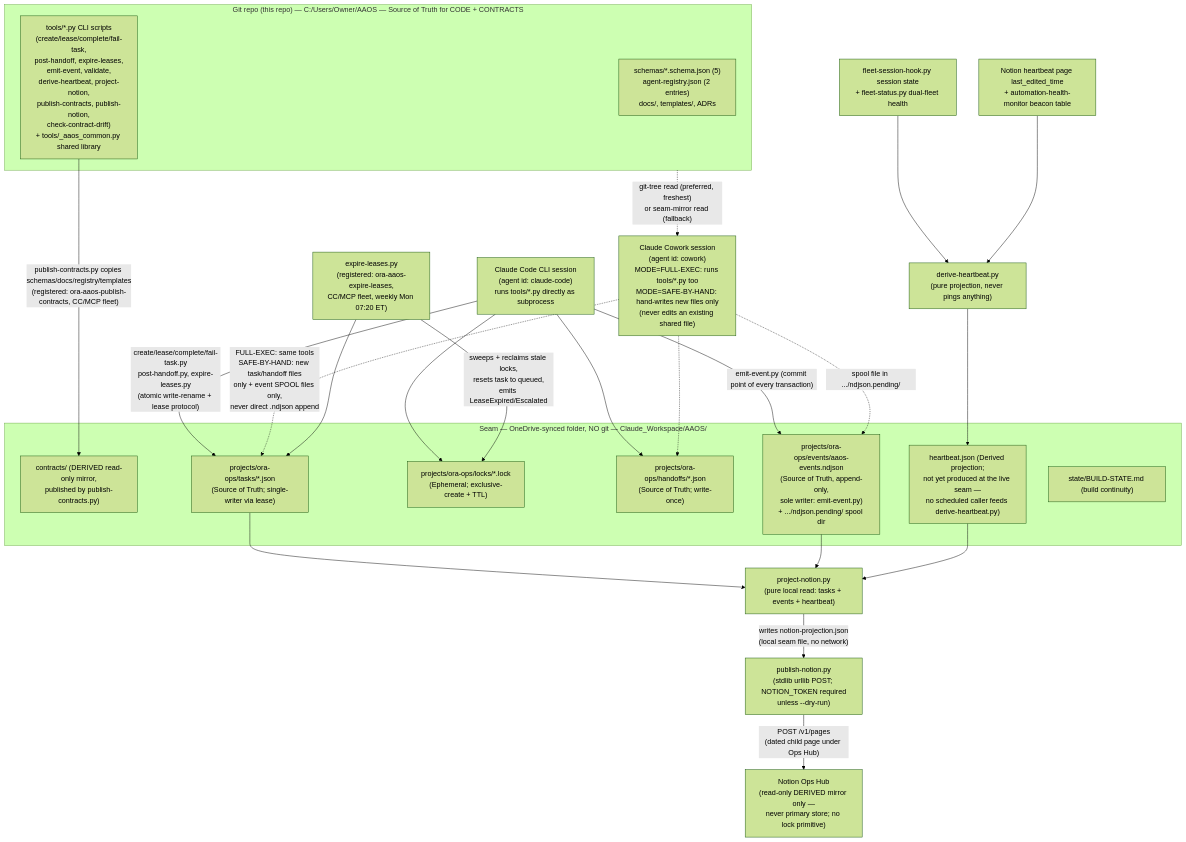
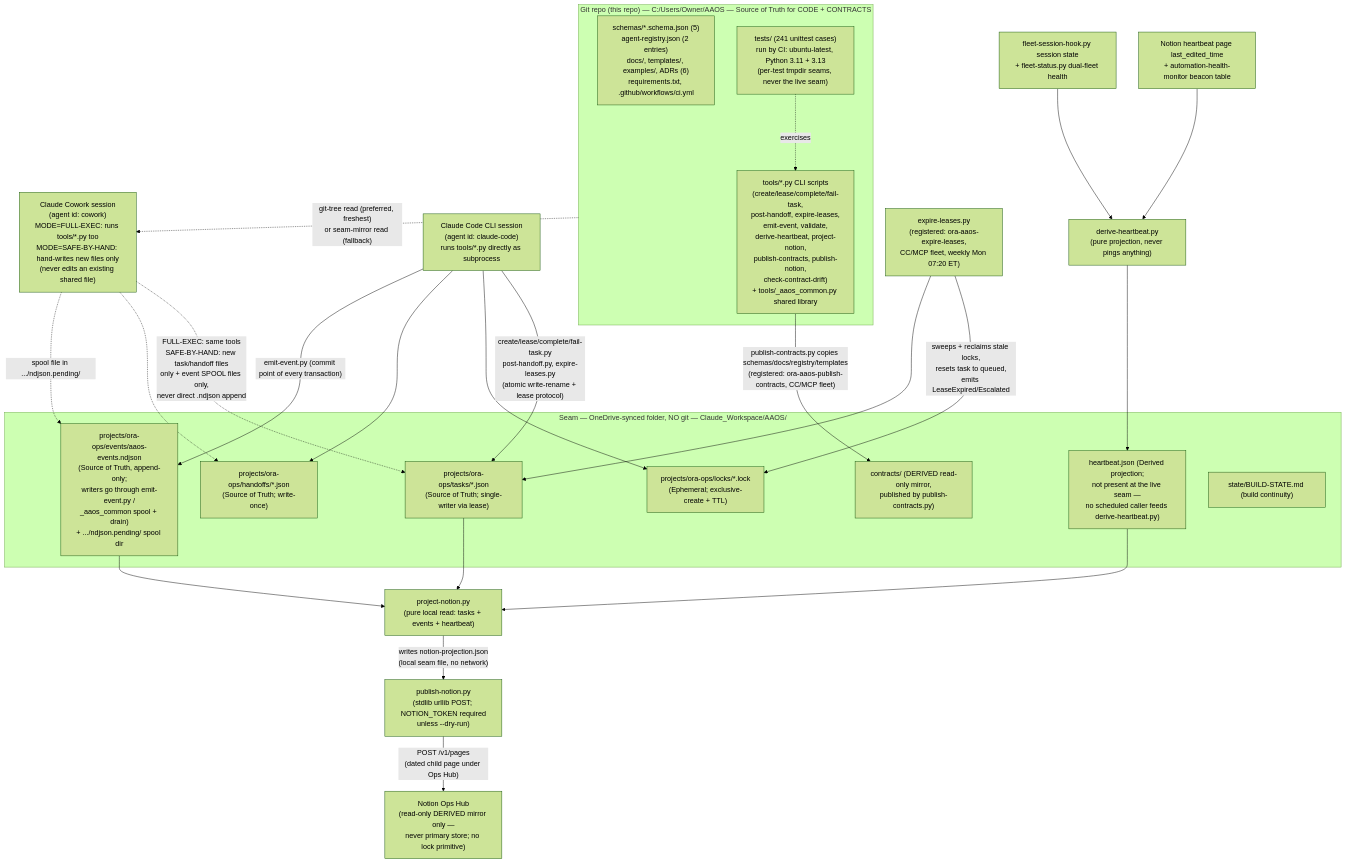
The first of 2 diagrams in README.md (ZeOoba/AAOS), drawn with Mermaid (forest theme) before and after one commit. The commit also changed other lines of this file, not shown here.

Commit message:
docs: refresh README and architecture diagrams

````diff
--- a/README.md
+++ b/README.md
@@ -9,48 +9,50 @@
 ```mermaid
 flowchart TB
     subgraph GIT["Git repo (this repo) — C:/Users/Owner/AAOS — Source of Truth for CODE + CONTRACTS"]
-        SCHEMAS["schemas/*.schema.json (5)\nagent-registry.json (2 entries)\ndocs/, templates/, ADRs"]
-        TOOLS["tools/*.py CLI scripts\n(create/lease/complete/fail-task,\npost-handoff, expire-leases,\nemit-event, validate,\nderive-heartbeat, project-notion,\npublish-contracts, publish-notion,\ncheck-contract-drift)\n+ tools/_aaos_common.py shared library"]
+        SCHEMAS["schemas/*.schema.json (5)\nagent-registry.json (2 entries)\ndocs/, templates/, examples/, ADRs (6)\nrequirements.txt, .github/workflows/ci.yml"]
+        TESTS["tests/ (241 unittest cases)\nrun by CI: ubuntu-latest, Python 3.11 + 3.13\n(per-test tmpdir seams, never the live seam)"]
+    TOOLS["tools/*.py CLI scripts\n(create/lease/complete/fail-task,\npost-handoff, expire-leases,\nemit-event, validate,\nderive-heartbeat, project-notion,\npublish-contracts, publish-notion,\ncheck-contract-drift)\n+ tools/_aaos_common.py shared library"]
     end
+    TESTS -. "exercises" .-> TOOLS
 
     subgraph SEAM["Seam — OneDrive-synced folder, NO git — Claude_Workspace/AAOS/"]
         CONTRACTS["contracts/ (DERIVED read-only mirror,\npublished by publish-contracts.py)"]
         TASKS["projects/ora-ops/tasks/*.json\n(Source of Truth; single-writer via lease)"]
         LOCKS["projects/ora-ops/locks/*.lock\n(Ephemeral; exclusive-create + TTL)"]
         HANDOFFS["projects/ora-ops/handoffs/*.json\n(Source of Truth; write-once)"]
-        EVENTS["projects/ora-ops/events/aaos-events.ndjson\n(Source of Truth, append-only,\nsole writer: emit-event.py)\n+ .../ndjson.pending/ spool dir"]
-        HEARTBEAT["heartbeat.json (Derived projection;\nnot yet produced at the live seam —\nno scheduled caller feeds derive-heartbeat.py)"]
+        EVENTS["projects/ora-ops/events/aaos-events.ndjson\n(Source of Truth, append-only;\nwriters go through emit-event.py /\n_aaos_common spool + drain)\n+ .../ndjson.pending/ spool dir"]
+        HEARTBEAT["heartbeat.json (Derived projection;\nnot present at the live seam —\nno scheduled caller feeds derive-heartbeat.py)"]
         BUILDSTATE["state/BUILD-STATE.md (build continuity)"]
     end
 
     CODE["Claude Code CLI session\n(agent id: claude-code)\nruns tools/*.py directly as subprocess"]
     COWORK["Claude Cowork session\n(agent id: cowork)\nMODE=FULL-EXEC: runs tools/*.py too\nMODE=SAFE-BY-HAND: hand-writes new files only\n(never edits an existing shared file)"]
 
     UPSTREAM_CODE["fleet-session-hook.py session state\n+ fleet-status.py dual-fleet health"]
     UPSTREAM_COWORK["Notion heartbeat page last_edited_time\n+ automation-health-monitor beacon table"]
     NOTION["Notion Ops Hub\n(read-only DERIVED mirror only —\nnever primary store; no lock primitive)"]
 
     TOOLS -- "publish-contracts.py copies schemas/docs/registry/templates\n(registered: ora-aaos-publish-contracts, CC/MCP fleet)" --> CONTRACTS
     GIT -. "git-tree read (preferred, freshest)\nor seam-mirror read (fallback)" .-> COWORK
 
     CODE -- "create/lease/complete/fail-task.py\npost-handoff.py, expire-leases.py\n(atomic write-rename + lease protocol)" --> TASKS
     CODE --> LOCKS
     CODE --> HANDOFFS
     CODE -- "emit-event.py (commit point of every transaction)" --> EVENTS
     COWORK -. "FULL-EXEC: same tools\nSAFE-BY-HAND: new task/handoff files\nonly + event SPOOL files only,\nnever direct .ndjson append" .-> TASKS
     COWORK -.-> HANDOFFS
     COWORK -. "spool file in .../ndjson.pending/" .-> EVENTS
 
     UPSTREAM_CODE --> DH["derive-heartbeat.py\n(pure projection, never pings anything)"]
     UPSTREAM_COWORK --> DH
     DH --> HEARTBEAT
 
     TASKS --> PN["project-notion.py\n(pure local read: tasks + events + heartbeat)"]
     EVENTS --> PN
     HEARTBEAT --> PN
     PN -- "writes notion-projection.json\n(local seam file, no network)" --> PUBLISHN["publish-notion.py\n(stdlib urllib POST; NOTION_TOKEN required\nunless --dry-run)"]
     PUBLISHN -- "POST /v1/pages\n(dated child page under Ops Hub)" --> NOTION
 
     EXPIRE["expire-leases.py\n(registered: ora-aaos-expire-leases,\nCC/MCP fleet, weekly Mon 07:20 ET)"] -- "sweeps + reclaims stale locks,\nresets task to queued,\nemits LeaseExpired/Escalated" --> LOCKS
     EXPIRE --> TASKS
 ```
````
